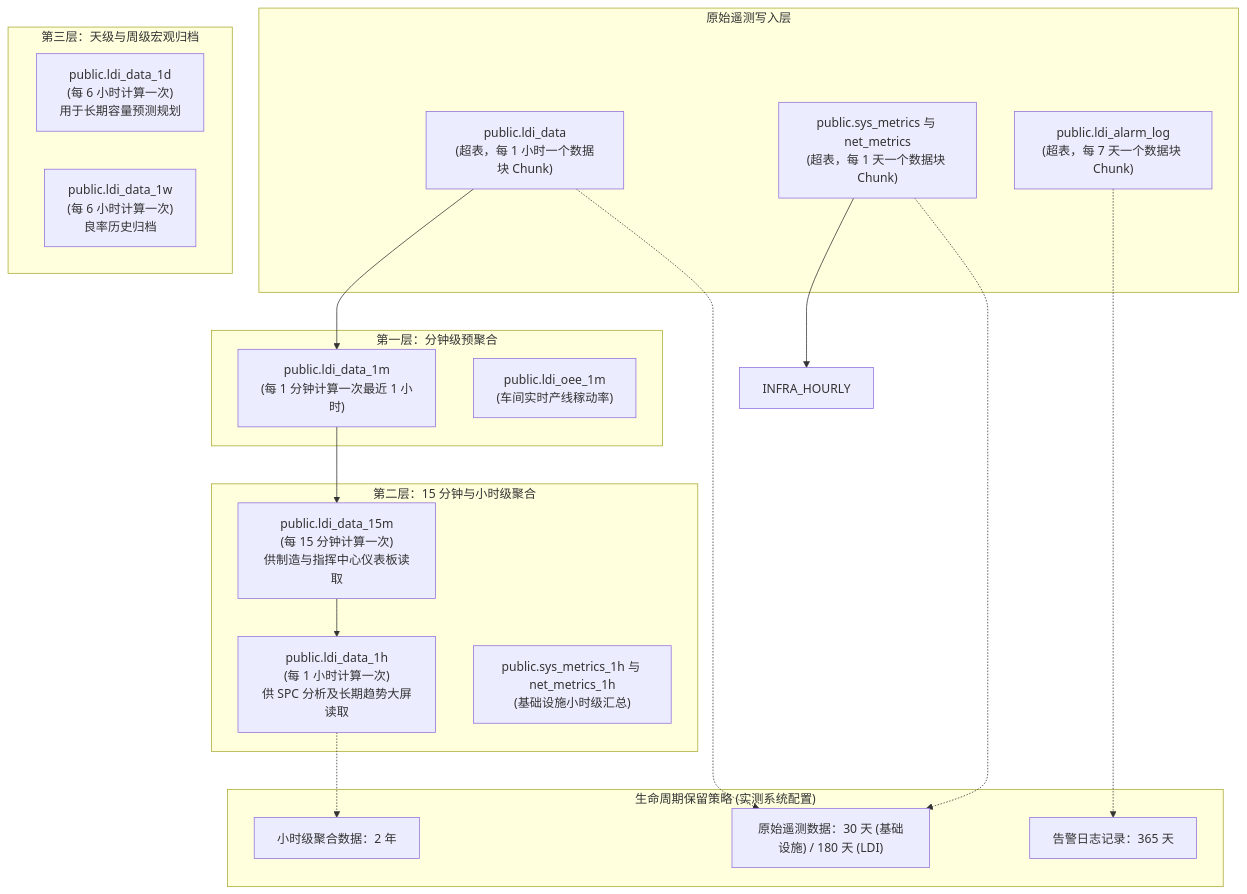
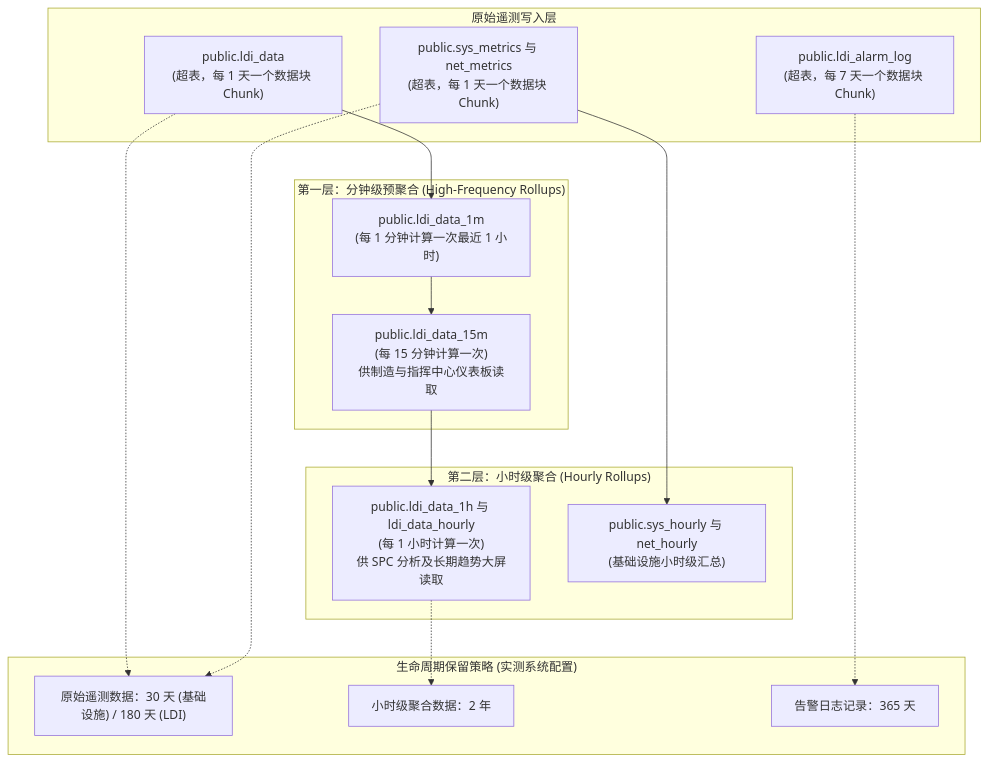
The seventh of 8 diagrams in zh-CN/docs/architecture/ARCHITECTURE_DIAGRAM.md (PATTANAKORN025/IMS), drawn with Mermaid before and after one commit. The commit also changed other lines of this file and 50 other files, not shown here.

First line of the commit message:
docs: align architecture facts, topologies, and tri-language mirrors

````diff
--- a/zh-CN/docs/architecture/ARCHITECTURE_DIAGRAM.md
+++ b/zh-CN/docs/architecture/ARCHITECTURE_DIAGRAM.md
@@ -312,38 +313,32 @@
 ```mermaid
 flowchart TD
   subgraph Ingestion ["原始遥测写入层"]
-    RAW_LDI["public.ldi_data\n(超表，每 1 小时一个数据块 Chunk)"]
+    RAW_LDI["public.ldi_data\n(超表，每 1 天一个数据块 Chunk)"]
     RAW_INFRA["public.sys_metrics 与 net_metrics\n(超表，每 1 天一个数据块 Chunk)"]
     RAW_ALARM["public.ldi_alarm_log\n(超表，每 7 天一个数据块 Chunk)"]
   end
 
-  subgraph CAGG_Tier1 ["第一层：分钟级预聚合"]
+  subgraph CAGG_Tier1 ["第一层：分钟级预聚合 (High-Frequency Rollups)"]
     CAGG_1M["public.ldi_data_1m\n(每 1 分钟计算一次最近 1 小时)"]
-    CAGG_OEE_1M["public.ldi_oee_1m\n(车间实时产线稼动率)"]
+    CAGG_15M["public.ldi_data_15m\n(每 15 分钟计算一次)\n供制造与指挥中心仪表板读取"]
   end
 
-  subgraph CAGG_Tier2 ["第二层：15 分钟与小时级聚合"]
-    CAGG_15M["public.ldi_data_15m\n(每 15 分钟计算一次)\n供制造与指挥中心仪表板读取"]
-    CAGG_1H["public.ldi_data_1h\n(每 1 小时计算一次)\n供 SPC 分析及长期趋势大屏读取"]
-    INFRA_1H["public.sys_metrics_1h 与 net_metrics_1h\n(基础设施小时级汇总)"]
-  end
-
-  subgraph CAGG_Tier3 ["第三层：天级与周级宏观归档"]
-    CAGG_1D["public.ldi_data_1d\n(每 6 小时计算一次)\n用于长期容量预测规划"]
-    CAGG_1W["public.ldi_data_1w\n(每 6 小时计算一次)\n良率历史归档"]
+  subgraph CAGG_Tier2 ["第二层：小时级聚合 (Hourly Rollups)"]
+    CAGG_1H["public.ldi_data_1h 与 ldi_data_hourly\n(每 1 小时计算一次)\n供 SPC 分析及长期趋势大屏读取"]
+    INFRA_HOURLY["public.sys_hourly 与 net_hourly\n(基础设施小时级汇总)"]
   end
 
   subgraph Retention ["生命周期保留策略 (实测系统配置)"]
     RET_RAW["原始遥测数据：30 天 (基础设施) / 180 天 (LDI)"]
     RET_HOURLY["小时级聚合数据：2 年"]
     RET_ALARM["告警日志记录：365 天"]
   end
 
   RAW_LDI --> CAGG_1M --> CAGG_15M --> CAGG_1H
   RAW_INFRA --> INFRA_HOURLY
 
   RAW_LDI -.-> RET_RAW
   RAW_INFRA -.-> RET_RAW
   RAW_ALARM -.-> RET_ALARM
   CAGG_1H -.-> RET_HOURLY
 ```
````
